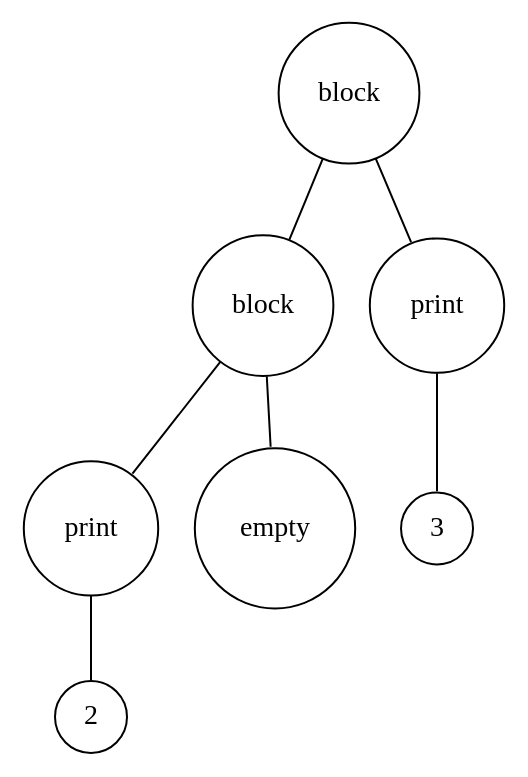
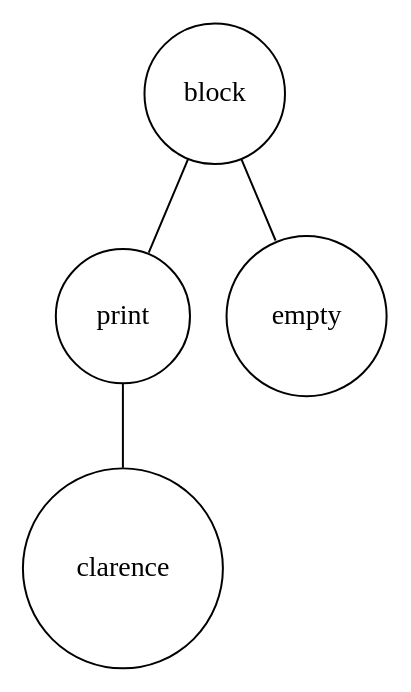
Before and after one commit to Trevodorax/ply-custom-language: the diagram in Digraph.gv, drawn with Graphviz. The commit also changed 2 other files, not shown here.

```diff
--- a/Digraph.gv
+++ b/Digraph.gv
@@ -1,16 +1,10 @@
 digraph {
 	node [shape=circle]
-	"8337167e-dacd-40bc-89e1-db8af9267568" [label=block]
-	"7e4895a1-f033-42b5-8808-f5b05e82e2c6" [label=block]
-	"1286e5ca-47bf-47c3-9987-d080e5c1c6d3" [label=print]
-	"e4e38969-4abd-4e86-a812-2525a1bfbf6c" [label=2]
-	"1286e5ca-47bf-47c3-9987-d080e5c1c6d3" -> "e4e38969-4abd-4e86-a812-2525a1bfbf6c" [arrowsize=0]
-	"7e4895a1-f033-42b5-8808-f5b05e82e2c6" -> "1286e5ca-47bf-47c3-9987-d080e5c1c6d3" [arrowsize=0]
-	"dd2b49a6-4f1c-444f-902f-fc2b86c6a232" [label=empty]
-	"7e4895a1-f033-42b5-8808-f5b05e82e2c6" -> "dd2b49a6-4f1c-444f-902f-fc2b86c6a232" [arrowsize=0]
-	"8337167e-dacd-40bc-89e1-db8af9267568" -> "7e4895a1-f033-42b5-8808-f5b05e82e2c6" [arrowsize=0]
-	"5d51a74e-bcdf-4654-9993-f47703d1323a" [label=print]
-	"a6e491e9-3ac3-4874-9210-6431ce7b7295" [label=3]
-	"5d51a74e-bcdf-4654-9993-f47703d1323a" -> "a6e491e9-3ac3-4874-9210-6431ce7b7295" [arrowsize=0]
-	"8337167e-dacd-40bc-89e1-db8af9267568" -> "5d51a74e-bcdf-4654-9993-f47703d1323a" [arrowsize=0]
+	"593c3e24-6099-40b4-ab42-921fc6c1ab6e" [label=block]
+	"f6bea856-1e49-47ec-81c2-f401a5e0cafd" [label=print]
+	"4948dee7-8438-4819-9962-4819783354bc" [label=clarence]
+	"f6bea856-1e49-47ec-81c2-f401a5e0cafd" -> "4948dee7-8438-4819-9962-4819783354bc" [arrowsize=0]
+	"593c3e24-6099-40b4-ab42-921fc6c1ab6e" -> "f6bea856-1e49-47ec-81c2-f401a5e0cafd" [arrowsize=0]
+	"8246af11-8377-43c7-878b-e5eb6124f1b1" [label=empty]
+	"593c3e24-6099-40b4-ab42-921fc6c1ab6e" -> "8246af11-8377-43c7-878b-e5eb6124f1b1" [arrowsize=0]
 }
```
